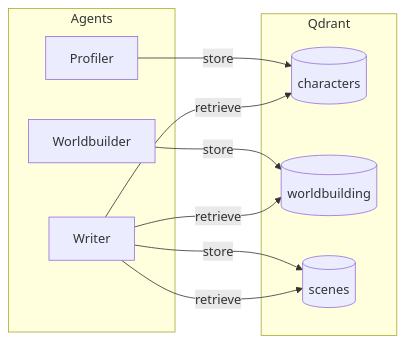
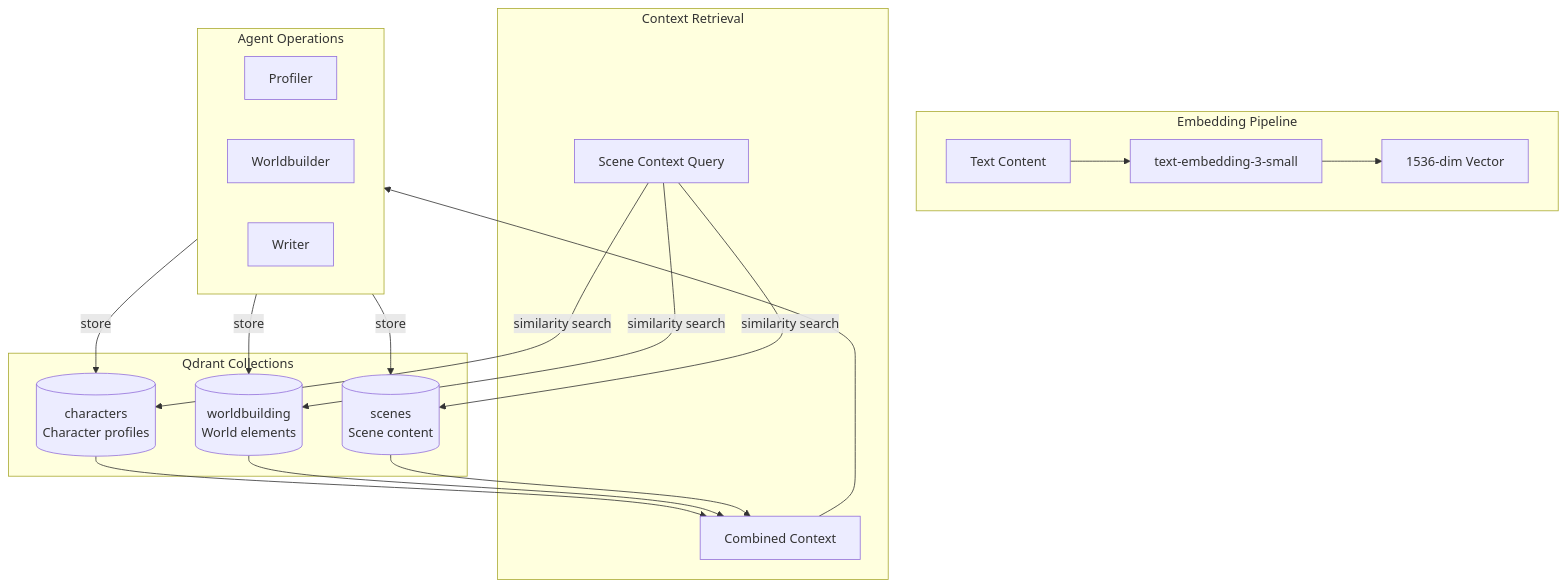
One commit to IShalkin/manoe changed the sixth of 9 diagrams in README.md. Above: the diagram before and after it, drawn with Mermaid. The commit also changed other lines of this file, not shown here.

First line of the commit message:
feat: Enhance Mermaid diagrams with better styling and more detail

````diff
--- a/README.md
+++ b/README.md
@@ -223,21 +313,34 @@
 ```mermaid
-flowchart LR
-    subgraph Agents
-        Profiler
-        Worldbuilder
-        Writer
+flowchart TB
+    subgraph Embedding["Embedding Pipeline"]
+        Text["Text Content"] --> Embed["text-embedding-3-small"]
+        Embed --> Vector["1536-dim Vector"]
     end
     
-    subgraph Qdrant
-        Characters[(characters)]
-        World[(worldbuilding)]
-        Scenes[(scenes)]
+    subgraph Collections["Qdrant Collections"]
+        Characters[("characters
+        Character profiles")]
+        World[("worldbuilding
+        World elements")]
+        Scenes[("scenes
+        Scene content")]
     end
     
-    Profiler -->|store| Characters
-    Worldbuilder -->|store| World
-    Writer -->|store| Scenes
-    Writer -->|retrieve| Characters
-    Writer -->|retrieve| World
-    Writer -->|retrieve| Scenes
+    subgraph Agents["Agent Operations"]
+        direction LR
+        Profiler["Profiler"] -->|store| Characters
+        Worldbuilder["Worldbuilder"] -->|store| World
+        Writer["Writer"] -->|store| Scenes
+    end
+    
+    subgraph Retrieval["Context Retrieval"]
+        Query["Scene Context Query"]
+        Query -->|similarity search| Characters
+        Query -->|similarity search| World
+        Query -->|similarity search| Scenes
+        Characters --> Context["Combined Context"]
+        World --> Context
+        Scenes --> Context
+        Context --> Writer
+    end
 ```
````
